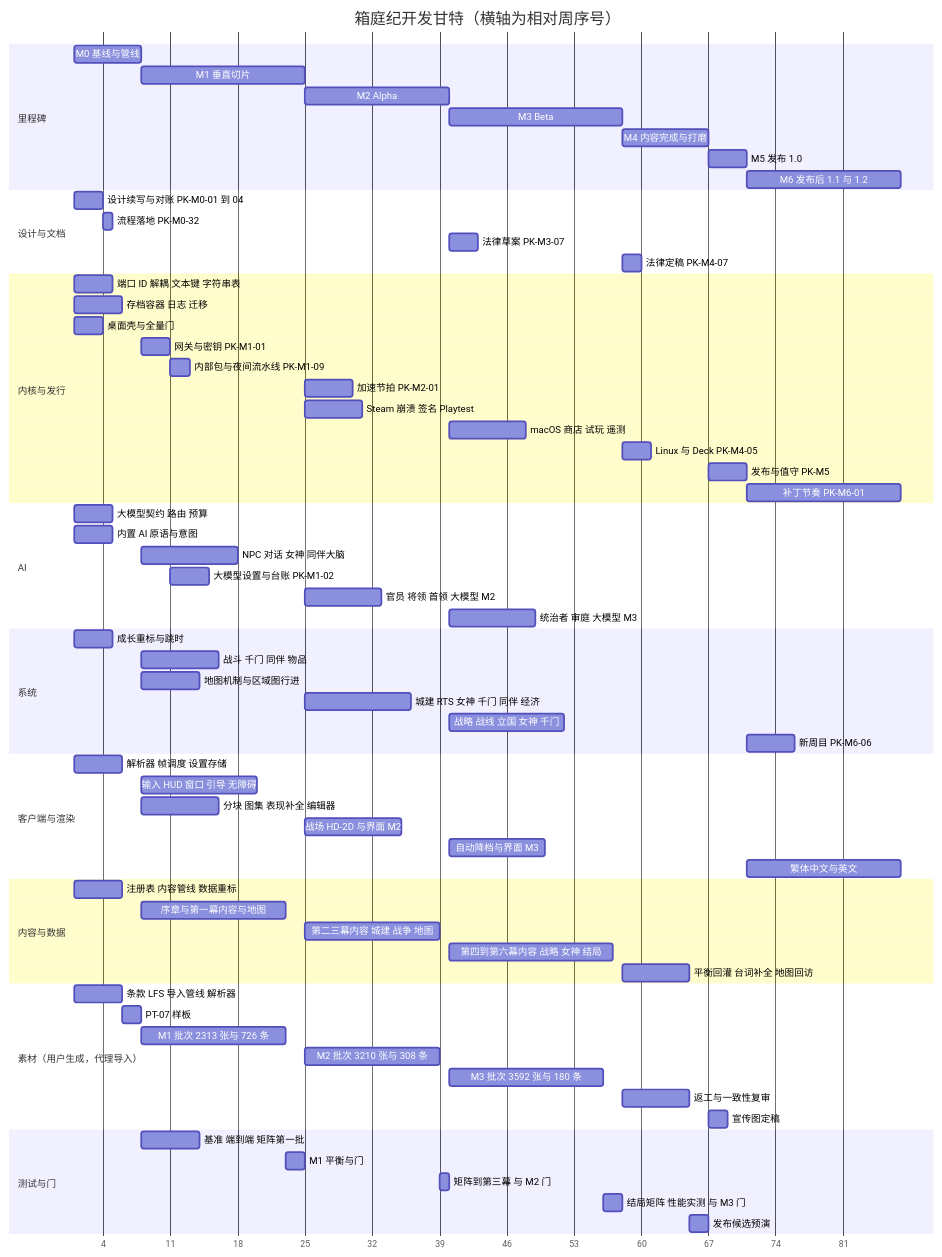
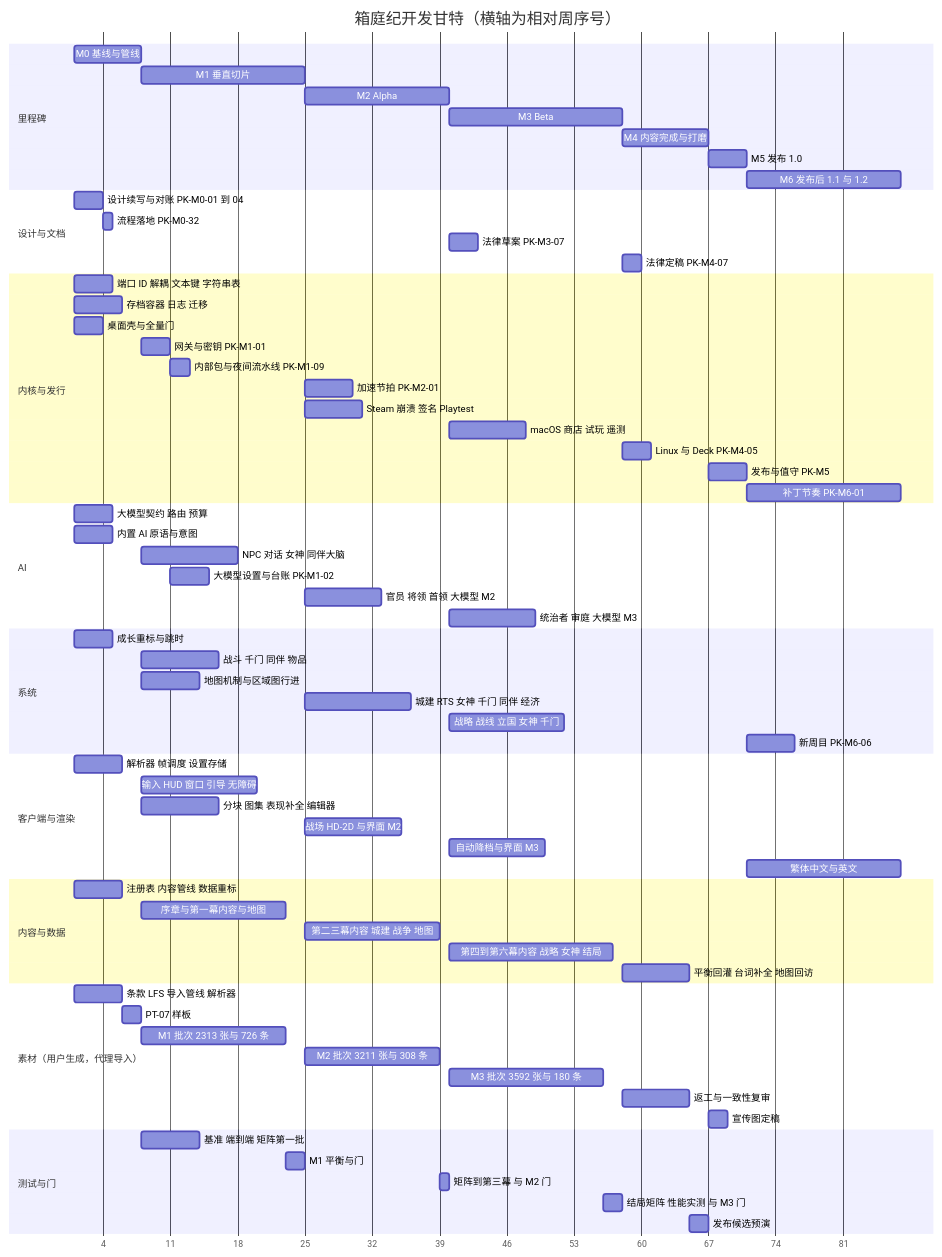
One commit to angelash/world-of-claudecraft changed the diagram in hakoniwa/docs/60_production/development_plan.md. Above: the diagram before and after it, drawn with Mermaid. The commit also changed other lines of this file and 38 other files, not shown here.

````diff
--- a/hakoniwa/docs/60_production/development_plan.md
+++ b/hakoniwa/docs/60_production/development_plan.md
@@ -507,72 +507,72 @@
 ```mermaid
 gantt
   title 箱庭纪开发甘特（横轴为相对周序号）
   dateFormat X
   axisFormat %-j
   section 里程碑
   M0 基线与管线 :m0, 43200, 7d
   M1 垂直切片 :m1, after m0, 17d
   M2 Alpha :m2, after m1, 15d
   M3 Beta :m3, after m2, 18d
   M4 内容完成与打磨 :m4, after m3, 9d
   M5 发布 1.0 :m5, after m4, 4d
   M6 发布后 1.1 与 1.2 :m6, after m5, 16d
   section 设计与文档
   设计续写与对账 PK-M0-01 到 04 :d1, 43200, 3d
   流程落地 PK-M0-32 :d2, after d1, 1d
   法律草案 PK-M3-07 :d3, after m2, 3d
   法律定稿 PK-M4-07 :d4, after m3, 2d
   section 内核与发行
   端口 ID 解耦 文本键 字符串表 :k1, 43200, 4d
   存档容器 日志 迁移 :k2, 648000, 5d
   桌面壳与全量门 :k3, 43200, 3d
   网关与密钥 PK-M1-01 :k4, after m0, 3d
   内部包与夜间流水线 PK-M1-09 :k5, after k4, 2d
   加速节拍 PK-M2-01 :k6, after m1, 5d
   Steam 崩溃 签名 Playtest :k7, after m1, 6d
   macOS 商店 试玩 遥测 :k8, after m2, 8d
   Linux 与 Deck PK-M4-05 :k9, after m3, 3d
   发布与值守 PK-M5 :k10, after m4, 4d
   补丁节奏 PK-M6-01 :k11, after m5, 16d
   section AI
   大模型契约 路由 预算 :a1, 43200, 4d
   内置 AI 原语与意图 :a2, 1252800, 4d
   NPC 对话 女神 同伴大脑 :a3, after m0, 10d
   大模型设置与台账 PK-M1-02 :a4, after k4, 4d
   官员 将领 首领 大模型 M2 :a5, after m1, 8d
   统治者 审庭 大模型 M3 :a6, after m2, 9d
   section 系统
   成长重标与跳时 :s1, 1857600, 4d
   战斗 千门 同伴 物品 :s2, after m0, 8d
   地图机制与区域图行进 :s3, after m0, 6d
   城建 RTS 女神 千门 同伴 经济 :s4, after m1, 11d
   战略 战线 立国 女神 千门 :s5, after m2, 12d
   新周目 PK-M6-06 :s6, after m5, 5d
   section 客户端与渲染
   解析器 帧调度 设置存储 :c1, 648000, 5d
   输入 HUD 窗口 引导 无障碍 :c2, after m0, 12d
   分块 图集 表现补全 编辑器 :c3, after m0, 8d
   战场 HD-2D 与界面 M2 :c4, after m1, 10d
   自动降档与界面 M3 :c5, after m2, 10d
   繁体中文与英文 :c6, after m5, 16d
   section 内容与数据
   注册表 内容管线 数据重标 :t1, 43200, 5d
   序章与第一幕内容与地图 :t2, after m0, 15d
   第二三幕内容 城建 战争 地图 :t3, after m1, 14d
   第四到第六幕内容 战略 女神 结局 :t4, after m2, 17d
   平衡回灌 台词补全 地图回访 :t5, after m3, 7d
   section 素材（用户生成，代理导入）
   条款 LFS 导入管线 解析器 :r1, 43200, 5d
   PT-07 样板 :r2, after r1, 2d
   M1 批次 2313 张与 726 条 :r3, after m0, 15d
-  M2 批次 3210 张与 308 条 :r4, after m1, 14d
+  M2 批次 3211 张与 308 条 :r4, after m1, 14d
   M3 批次 3592 张与 180 条 :r5, after m2, 16d
   返工与一致性复审 :r6, after m3, 7d
   宣传图定稿 :r7, after m4, 2d
   section 测试与门
   基准 端到端 矩阵第一批 :q1, after m0, 6d
   M1 平衡与门 :q2, after r3, 2d
   矩阵到第三幕 与 M2 门 :q3, after r4, 1d
   结局矩阵 性能实测 与 M3 门 :q4, after r5, 2d
   发布候选预演 :q5, after t5, 2d
 ```
````
